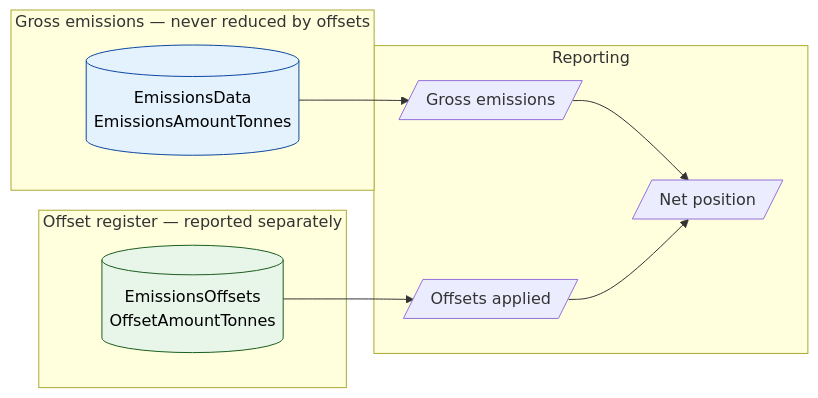
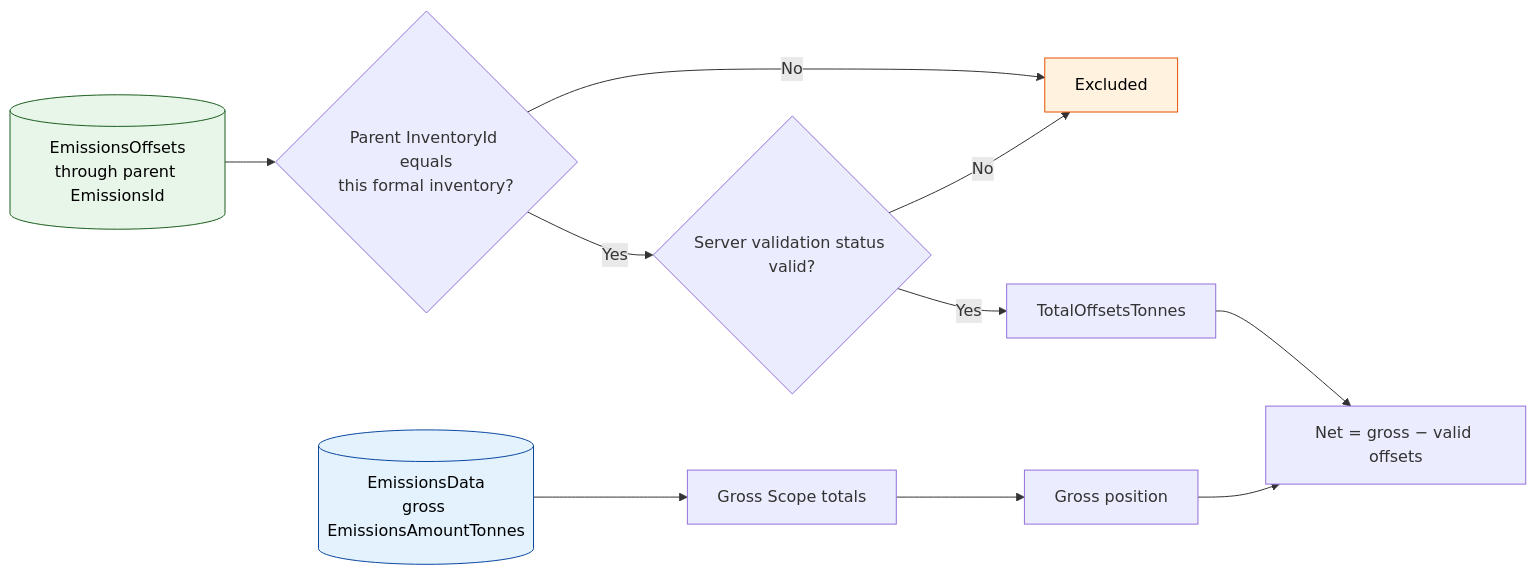
The third of 3 diagrams in docs/diagrams/bpmn/04-carbon-credit-mrv.md (Software-Lifecycle-Consultants/SusDevOS-Pro), drawn with Mermaid before and after one commit. The commit also changed other lines of this file and 13 other files, not shown here.

First line of the commit message:
docs: update stories and diagrams for the inventory lifecycle

````diff
--- a/docs/diagrams/bpmn/04-carbon-credit-mrv.md
+++ b/docs/diagrams/bpmn/04-carbon-credit-mrv.md
@@ -89,22 +99,16 @@
 ```mermaid
 flowchart LR
-    subgraph Gross["Gross emissions — never reduced by offsets"]
-        A[("EmissionsData<br/>EmissionsAmountTonnes")]
-    end
-    subgraph Offset["Offset register — reported separately"]
-        B[("EmissionsOffsets<br/>OffsetAmountTonnes")]
-    end
-    subgraph Report["Reporting"]
-        C[/"Gross emissions"/]
-        D[/"Offsets applied"/]
-        E[/"Net position"/]
-    end
-
-    A --> C
-    B --> D
-    C --> E
-    D --> E
+    A[(EmissionsData<br/>gross EmissionsAmountTonnes)] --> B[Gross Scope totals]
+    C[(EmissionsOffsets<br/>through parent EmissionsId)] --> D{"Parent InventoryId equals<br/>this formal inventory?"}
+    D -->|"No"| E[Excluded]
+    D -->|"Yes"| F{"Server validation status valid?"}
+    F -->|"No"| E
+    F -->|"Yes"| G[TotalOffsetsTonnes]
+    B --> H[Gross position]
+    G --> I[Net = gross − valid offsets]
+    H --> I
 
     style A fill:#e3f2fd,stroke:#0d47a1,color:#000
-    style B fill:#e8f5e9,stroke:#1b5e20,color:#000
+    style C fill:#e8f5e9,stroke:#1b5e20,color:#000
+    style E fill:#fff3e0,stroke:#e65100,color:#000
 ```
````
